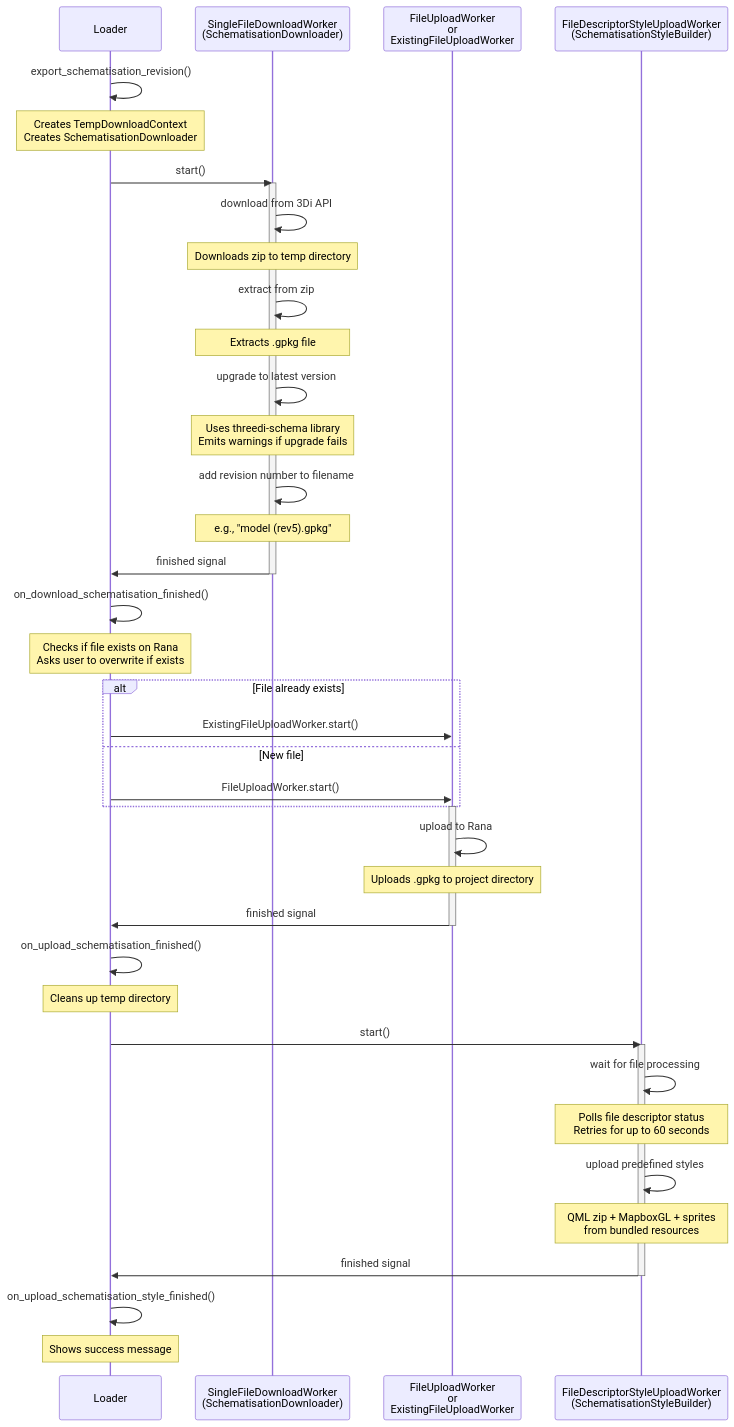
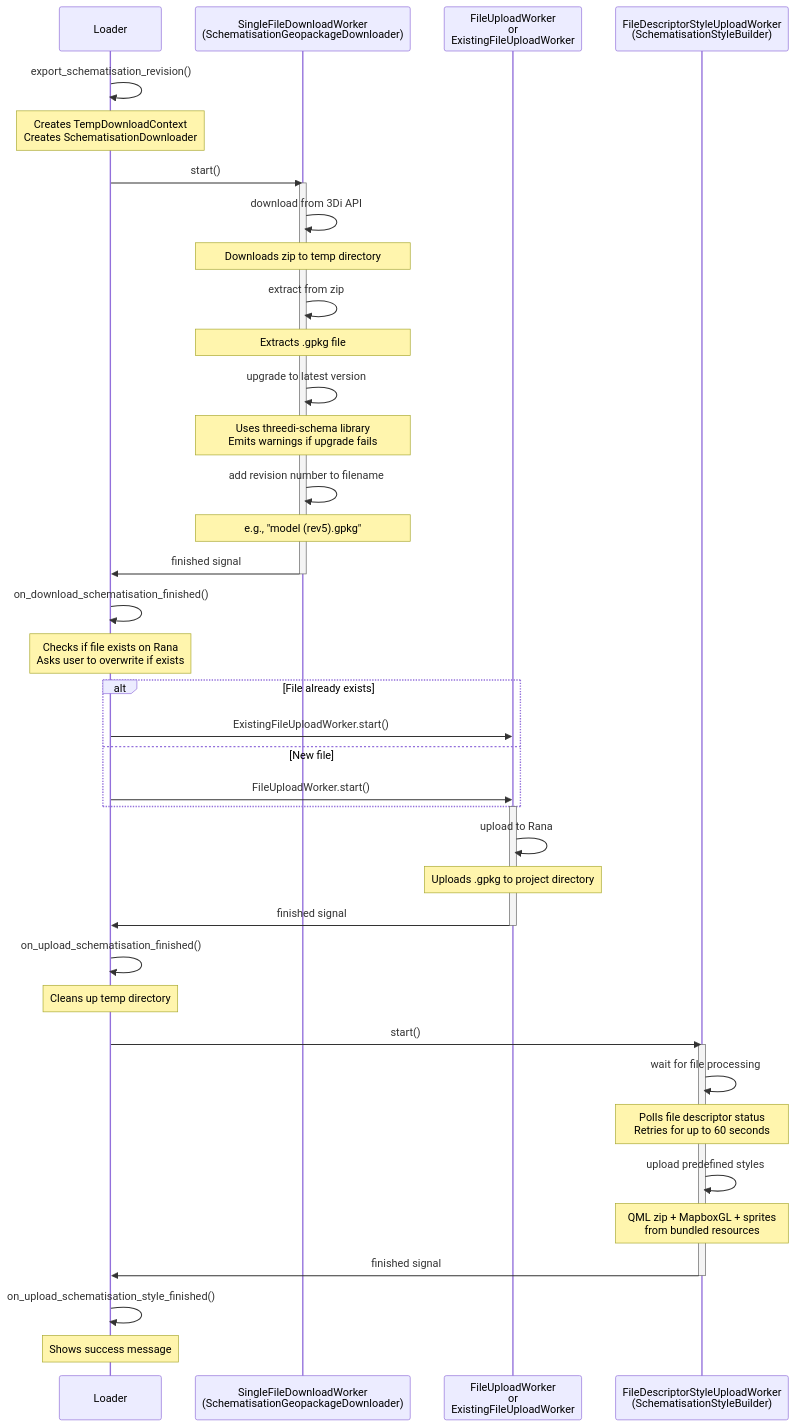
Before and after one commit to nens/rana-qgis-plugin: the diagram in doc/schematisation_export.md, drawn with Mermaid. The commit also changed other lines of this file and 22 other files, not shown here.

````diff
--- a/doc/schematisation_export.md
+++ b/doc/schematisation_export.md
@@ -11,63 +11,63 @@
 ```mermaid
 sequenceDiagram
     participant Loader
-    participant DownloadWorker as SingleFileDownloadWorker<br/>(SchematisationDownloader)
+    participant DownloadWorker as SingleFileDownloadWorker<br/>(SchematisationGeopackageDownloader)
     participant UploadWorker as FileUploadWorker<br/>or<br/>ExistingFileUploadWorker
     participant StyleWorker as FileDescriptorStyleUploadWorker<br/>(SchematisationStyleBuilder)
     
     Loader->>Loader: export_schematisation_revision()
     Note over Loader: Creates TempDownloadContext<br/>Creates SchematisationDownloader
     
     Loader->>DownloadWorker: start()
     activate DownloadWorker
     
     DownloadWorker->>DownloadWorker: download from 3Di API
     Note over DownloadWorker: Downloads zip to temp directory
     
     DownloadWorker->>DownloadWorker: extract from zip
     Note over DownloadWorker: Extracts .gpkg file
     
     DownloadWorker->>DownloadWorker: upgrade to latest version
     Note over DownloadWorker: Uses threedi-schema library<br/>Emits warnings if upgrade fails
     
     DownloadWorker->>DownloadWorker: add revision number to filename
     Note over DownloadWorker: e.g., "model (rev5).gpkg"
     
     DownloadWorker->>Loader: finished signal
     deactivate DownloadWorker
     
     Loader->>Loader: on_download_schematisation_finished()
     Note over Loader: Checks if file exists on Rana<br/>Asks user to overwrite if exists
     
     alt File already exists
         Loader->>UploadWorker: ExistingFileUploadWorker.start()
     else New file
         Loader->>UploadWorker: FileUploadWorker.start()
     end
     
     activate UploadWorker
     
     UploadWorker->>UploadWorker: upload to Rana
     Note over UploadWorker: Uploads .gpkg to project directory
     
     UploadWorker->>Loader: finished signal
     deactivate UploadWorker
     
     Loader->>Loader: on_upload_schematisation_finished()
     Note over Loader: Cleans up temp directory
     
     Loader->>StyleWorker: start()
     activate StyleWorker
     
     StyleWorker->>StyleWorker: wait for file processing
     Note over StyleWorker: Polls file descriptor status<br/>Retries for up to 60 seconds
     
     StyleWorker->>StyleWorker: upload predefined styles
     Note over StyleWorker: QML zip + MapboxGL + sprites<br/>from bundled resources
     
     StyleWorker->>Loader: finished signal
     deactivate StyleWorker
     
     Loader->>Loader: on_upload_schematisation_style_finished()
     Note over Loader: Shows success message
 ```
````
